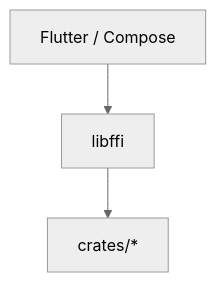
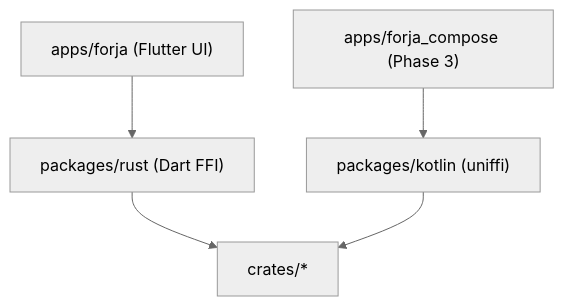
One commit to mGhassen/Forja changed the diagram in docs/migration/README.md. Above: the diagram before and after it, drawn with Mermaid (neutral theme). The commit also changed other lines of this file and 12 other files, not shown here.

Commit message:
refactor: Complete migration of storage functionality to Rust; implement EngineStorage for key-value operations, remove legacy SharedPreferences, and ensure all Dart engine packages are deleted as part of the transition to Rust-based architecture

````diff
--- a/docs/migration/README.md
+++ b/docs/migration/README.md
@@ -34,8 +75,11 @@
 ```mermaid
 flowchart TB
-  UI["Flutter / Compose"]
-  FFI["libffi"]
+  Flutter["apps/forja (Flutter UI)"]
+  Compose["apps/forja_compose (Phase 3)"]
+  RustFFI["packages/rust (Dart FFI)"]
+  KotlinFFI["packages/kotlin (uniffi)"]
   Engine["crates/*"]
 
-  UI --> FFI --> Engine
+  Flutter --> RustFFI --> Engine
+  Compose --> KotlinFFI --> Engine
 ```
````
